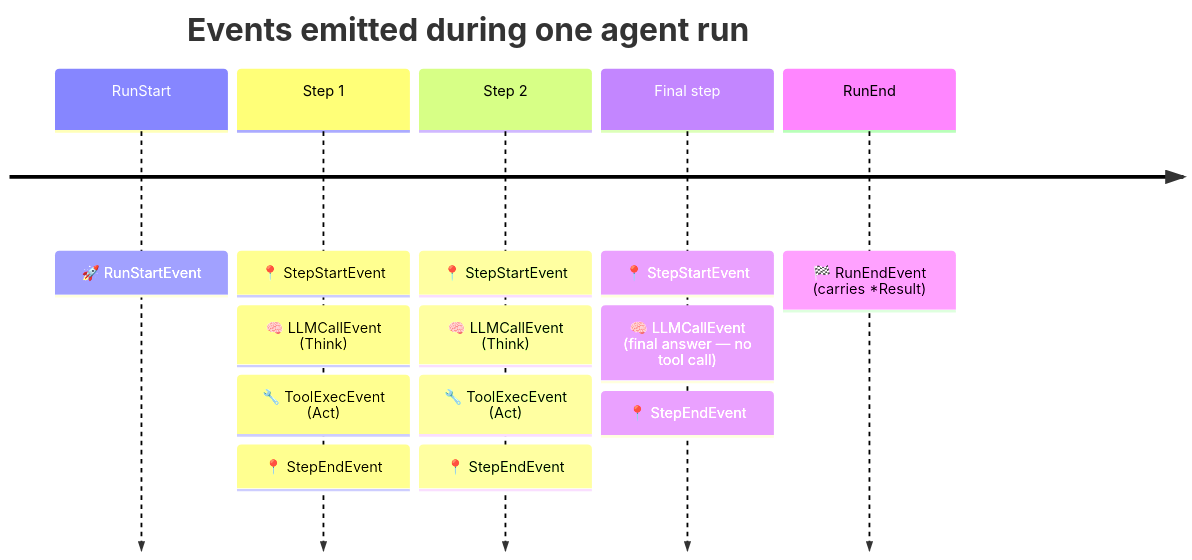
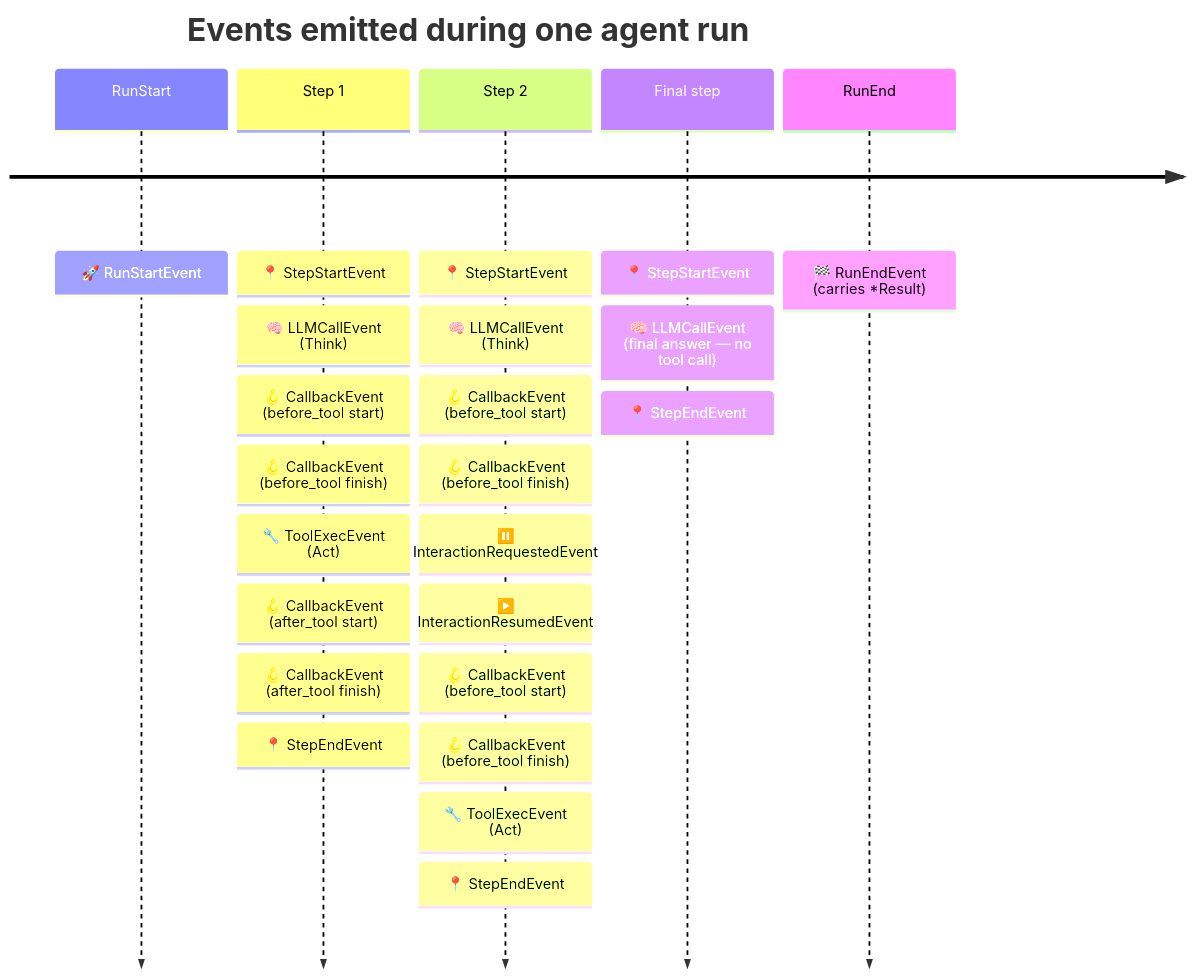
One commit to v8tix/react-agent changed the fourth of 5 diagrams in README.md. Above: the diagram before and after it, drawn with Mermaid. The commit also changed other lines of this file, not shown here.

````diff
--- a/README.md
+++ b/README.md
@@ -255,17 +268,27 @@
 ```mermaid
 timeline
     title Events emitted during one agent run
     RunStart    : 🚀 RunStartEvent
     Step 1      : 📍 StepStartEvent
                 : 🧠 LLMCallEvent (Think)
+                : 🪝 CallbackEvent (before_tool start)
+                : 🪝 CallbackEvent (before_tool finish)
                 : 🔧 ToolExecEvent (Act)
+                : 🪝 CallbackEvent (after_tool start)
+                : 🪝 CallbackEvent (after_tool finish)
                 : 📍 StepEndEvent
     Step 2      : 📍 StepStartEvent
                 : 🧠 LLMCallEvent (Think)
+                : 🪝 CallbackEvent (before_tool start)
+                : 🪝 CallbackEvent (before_tool finish)
+                : ⏸️ InteractionRequestedEvent
+                : ▶️ InteractionResumedEvent
+                : 🪝 CallbackEvent (before_tool start)
+                : 🪝 CallbackEvent (before_tool finish)
                 : 🔧 ToolExecEvent (Act)
                 : 📍 StepEndEvent
     Final step  : 📍 StepStartEvent
                 : 🧠 LLMCallEvent (final answer — no tool call)
                 : 📍 StepEndEvent
     RunEnd      : 🏁 RunEndEvent (carries *Result)
 ```
````
